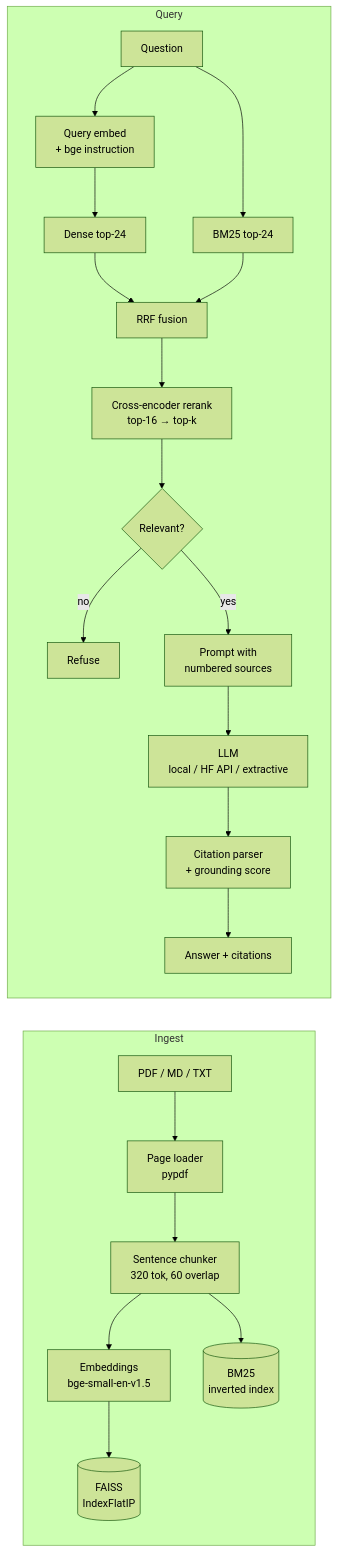
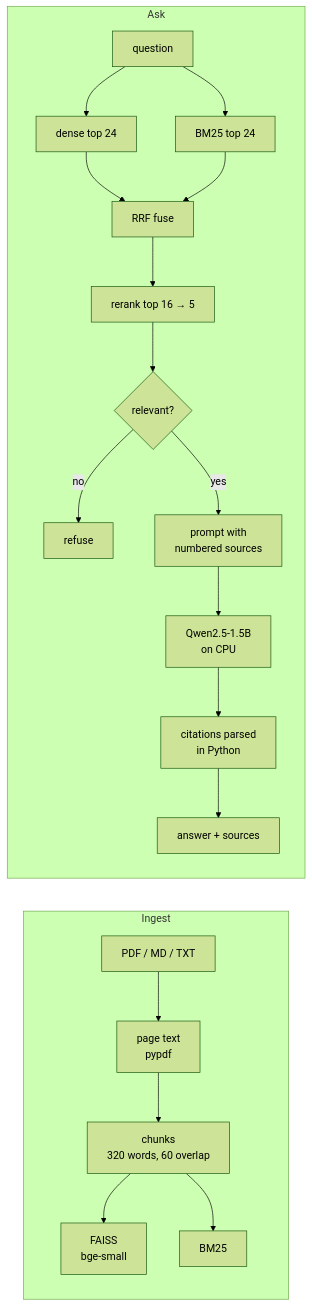
Before and after one commit to RDrahul123/RAG-Enterprise-Application: the diagram in README.md, drawn with Mermaid (forest theme). The commit also changed other lines of this file and 51 other files, not shown here.

````diff
--- a/README.md
+++ b/README.md
@@ -57,25 +53,23 @@
 ```mermaid
 flowchart LR
-    subgraph Ingest
-        A[PDF / MD / TXT] --> B[Page loader<br/>pypdf]
-        B --> C[Sentence chunker<br/>320 tok, 60 overlap]
-        C --> D[Embeddings<br/>bge-small-en-v1.5]
-        D --> E[(FAISS<br/>IndexFlatIP)]
-        C --> F[(BM25<br/>inverted index)]
+    subgraph ingest[Ingest]
+        A[PDF / MD / TXT] --> B[page text<br/>pypdf]
+        B --> C[chunks<br/>320 words, 60 overlap]
+        C --> D[FAISS<br/>bge-small]
+        C --> E[BM25]
     end
 
-    subgraph Query
-        Q[Question] --> QE[Query embed<br/>+ bge instruction]
-        QE --> G[Dense top-24]
-        Q --> H[BM25 top-24]
-        G --> I[RRF fusion]
+    subgraph ask[Ask]
+        Q[question] --> G[dense top 24]
+        Q --> H[BM25 top 24]
+        G --> I[RRF fuse]
         H --> I
-        I --> J[Cross-encoder rerank<br/>top-16 → top-k]
-        J --> K{Relevant?}
-        K -- no --> L[Refuse]
-        K -- yes --> M[Prompt with<br/>numbered sources]
-        M --> N[LLM<br/>local / HF API / extractive]
-        N --> O[Citation parser<br/>+ grounding score]
-        O --> P[Answer + citations]
+        I --> J[rerank top 16 → 5]
+        J --> K{relevant?}
+        K -- no --> L[refuse]
+        K -- yes --> M[prompt with<br/>numbered sources]
+        M --> N[Qwen2.5-1.5B<br/>on CPU]
+        N --> O[citations parsed<br/>in Python]
+        O --> P[answer + sources]
     end
 ```
````
